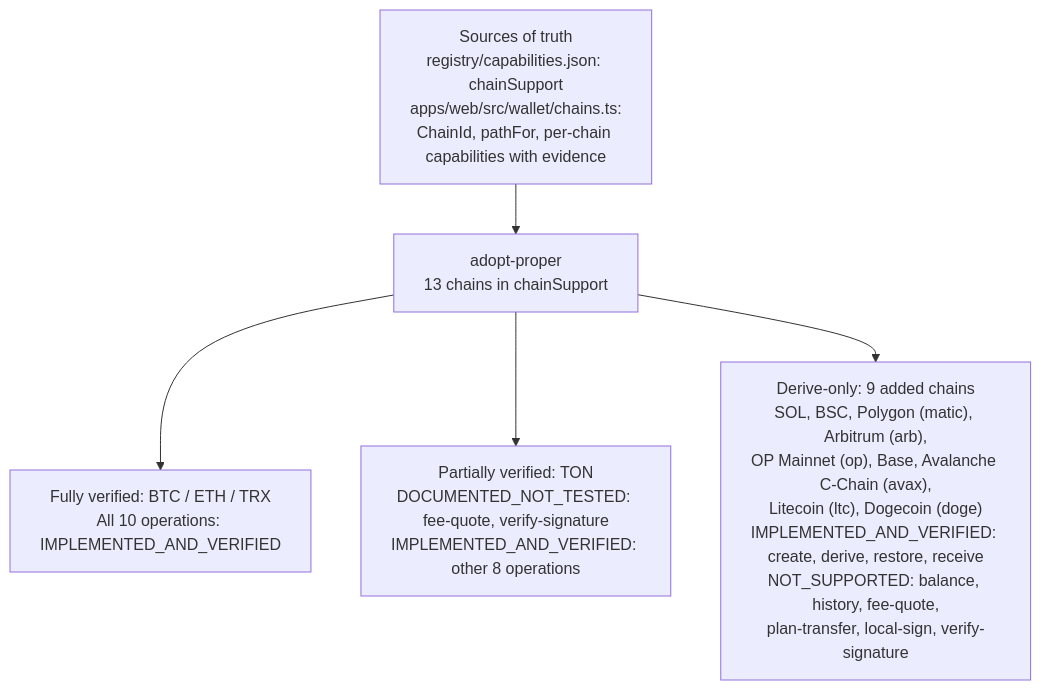
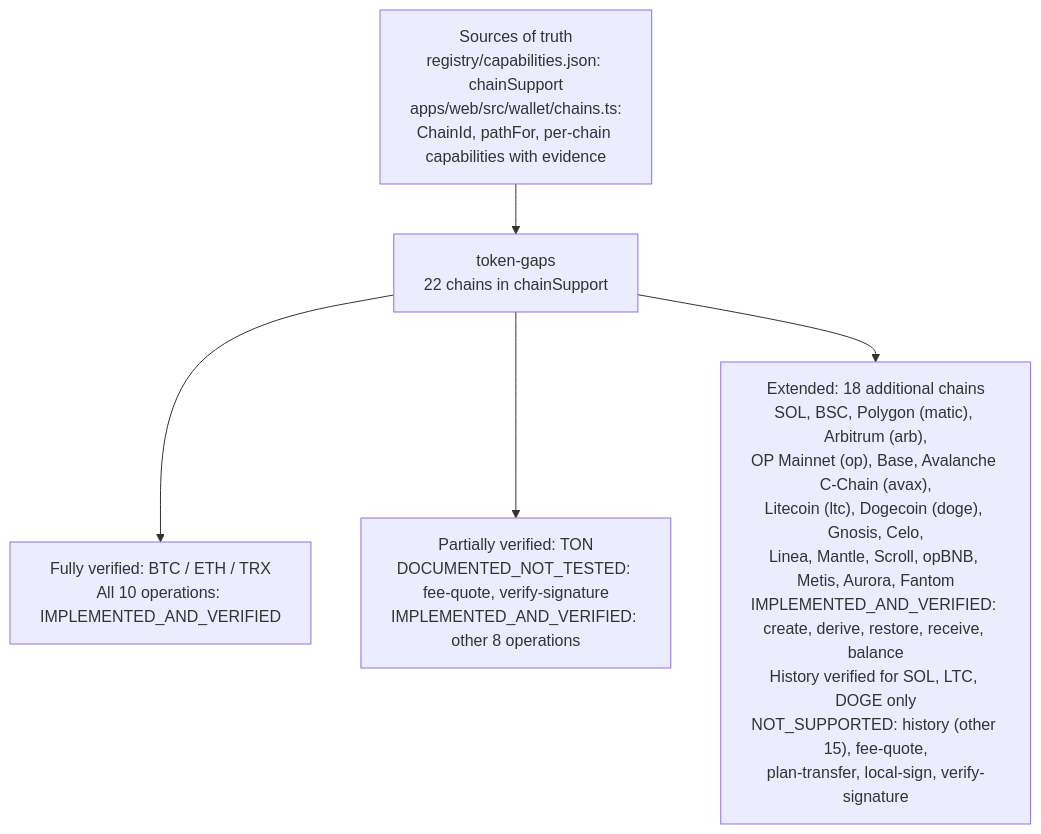
Before and after one commit to Pr3eve6ti2o/bawa: the diagram in docs/12-chain-registry-and-assets/README.md, drawn with Mermaid. The commit also changed other lines of this file and 9 other files, not shown here.

````diff
--- a/docs/12-chain-registry-and-assets/README.md
+++ b/docs/12-chain-registry-and-assets/README.md
@@ -199,20 +201,20 @@
 ```mermaid
 flowchart TB
     accTitle: Bawa chain support overview
-    accDescr: adopt-proper supports BTC, ETH and TRX with all ten operations verified, plus TON with fee-quote and verify-signature documented but untested, plus nine derive-only additions, with create, derive, restore and receive verified and the remaining six operations unsupported. The 13-chain registry was merged into adopt-proper from panel-rebuild/multichain-create; it is not a separate branch.
+    accDescr: token-gaps supports BTC, ETH and TRX with all ten operations verified, plus TON with fee-quote and verify-signature documented but untested, plus eighteen additional chains with create, derive, restore, receive and balance verified and the remaining five operations unsupported (history verified for SOL, LTC and DOGE only, per chains.ts). The 13-chain registry was merged into adopt-proper from panel-rebuild/multichain-create; the 9 newer EVM chains were added afterwards on panel-rebuild/token-gaps. It is not a separate branch.
 
     S["Sources of truth<br/>registry/capabilities.json: chainSupport<br/>apps/web/src/wallet/chains.ts:<br/>ChainId, pathFor, per-chain capabilities with evidence"]
 
-    A["adopt-proper<br/>13 chains in chainSupport"]
+    A["token-gaps<br/>22 chains in chainSupport"]
 
     F["Fully verified: BTC / ETH / TRX<br/>All 10 operations: IMPLEMENTED_AND_VERIFIED"]
 
     T["Partially verified: TON<br/>DOCUMENTED_NOT_TESTED: fee-quote, verify-signature<br/>IMPLEMENTED_AND_VERIFIED: other 8 operations"]
 
-    D["Derive-only: 9 added chains<br/>SOL, BSC, Polygon (matic), Arbitrum (arb),<br/>OP Mainnet (op), Base, Avalanche C-Chain (avax),<br/>Litecoin (ltc), Dogecoin (doge)<br/>IMPLEMENTED_AND_VERIFIED: create, derive, restore, receive<br/>NOT_SUPPORTED: balance, history, fee-quote,<br/>plan-transfer, local-sign, verify-signature"]
+    D["Extended: 18 additional chains<br/>SOL, BSC, Polygon (matic), Arbitrum (arb),<br/>OP Mainnet (op), Base, Avalanche C-Chain (avax),<br/>Litecoin (ltc), Dogecoin (doge), Gnosis, Celo,<br/>Linea, Mantle, Scroll, opBNB, Metis, Aurora, Fantom<br/>IMPLEMENTED_AND_VERIFIED: create, derive, restore, receive, balance<br/>History verified for SOL, LTC, DOGE only<br/>NOT_SUPPORTED: history (other 15), fee-quote,<br/>plan-transfer, local-sign, verify-signature"]
 
     S --> A
     A --> F
     A --> T
     A --> D
 ```
````
